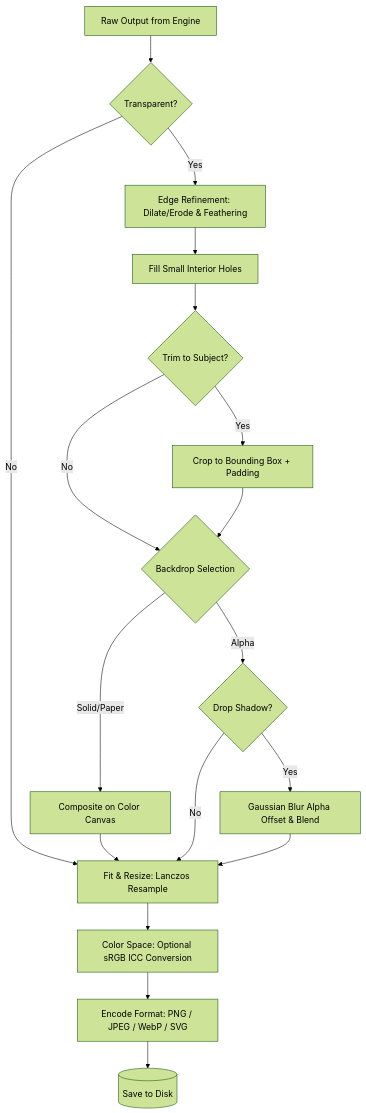
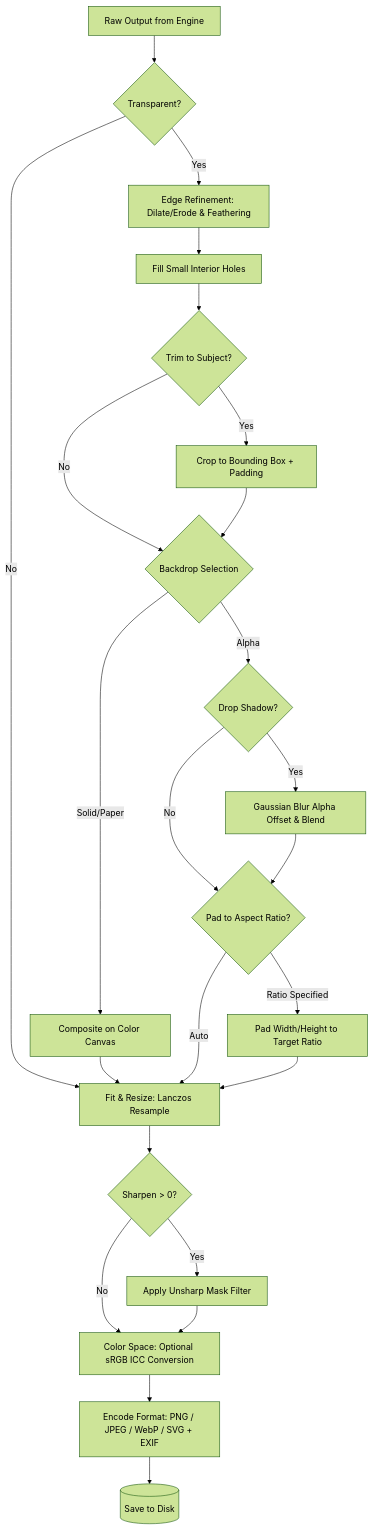
The fourth of 4 diagrams in ARCHITECTURE.md (josers18/Image_Utilities), drawn with Mermaid (forest theme) before and after one commit. The commit also changed other lines of this file, not shown here.

Commit message:
docs: synchronize ARCHITECTURE.md with pipeline and UI enhancements

````diff
--- a/ARCHITECTURE.md
+++ b/ARCHITECTURE.md
@@ -116,20 +116,26 @@
 ```mermaid
 flowchart TD
     Raw[Raw Output from Engine] --> AlphaCheck{Transparent?}
     AlphaCheck -- Yes --> Edge[Edge Refinement: Dilate/Erode & Feathering]
     AlphaCheck -- No --> Fit
     Edge --> Holes[Fill Small Interior Holes]
     Holes --> Trim{Trim to Subject?}
     Trim -- Yes --> Crop[Crop to Bounding Box + Padding]
     Trim -- No --> Backdrop
     Crop --> Backdrop{Backdrop Selection}
     Backdrop -- Alpha --> Shadow{Drop Shadow?}
     Backdrop -- Solid/Paper --> CanvasComposite[Composite on Color Canvas]
     CanvasComposite --> Fit
     Shadow -- Yes --> GenShadow[Gaussian Blur Alpha Offset & Blend]
-    Shadow -- No --> Fit
-    GenShadow --> Fit[Fit & Resize: Lanczos Resample]
-    Fit --> Color[Color Space: Optional sRGB ICC Conversion]
-    Color --> Encode[Encode Format: PNG / JPEG / WebP / SVG]
+    Shadow -- No --> Aspect
+    GenShadow --> Aspect{Pad to Aspect Ratio?}
+    Aspect -- Ratio Specified --> PadCanvas[Pad Width/Height to Target Ratio]
+    Aspect -- Auto --> Fit
+    PadCanvas --> Fit[Fit & Resize: Lanczos Resample]
+    Fit --> Sharpen{Sharpen > 0?}
+    Sharpen -- Yes --> Unsharp[Apply Unsharp Mask Filter]
+    Sharpen -- No --> Color
+    Unsharp --> Color[Color Space: Optional sRGB ICC Conversion]
+    Color --> Encode[Encode Format: PNG / JPEG / WebP / SVG + EXIF]
     Encode --> Disk[(Save to Disk)]
 ```
````
